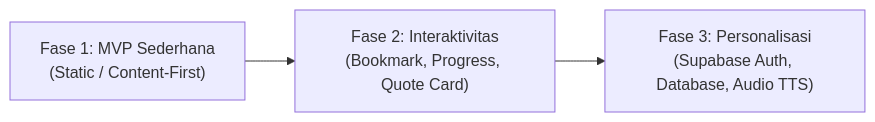
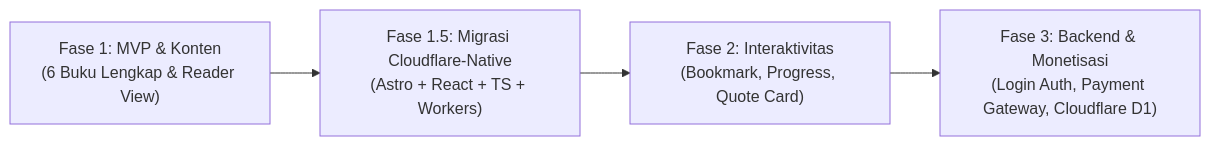
The diagram in PLAN.md (david-siagian/ringkasnya), drawn with Mermaid before and after one commit. The commit also changed other lines of this file and 36 other files, not shown here.

Commit message:
feat: migrate from Next.js (Vercel) to Astro 5 + React + Cloudflare

````diff
--- a/PLAN.md
+++ b/PLAN.md
@@ -51,5 +51,6 @@
 ```mermaid
 flowchart LR
-    A["Fase 1: MVP Sederhana<br/>(Static / Content-First)"] --> B["Fase 2: Interaktivitas<br/>(Bookmark, Progress, Quote Card)"]
-    B --> C["Fase 3: Personalisasi<br/>(Supabase Auth, Database, Audio TTS)"]
+    A["Fase 1: MVP & Konten<br/>(6 Buku Lengkap & Reader View)"] --> B["Fase 1.5: Migrasi Cloudflare-Native<br/>(Astro + React + TS + Workers)"]
+    B --> C["Fase 2: Interaktivitas<br/>(Bookmark, Progress, Quote Card)"]
+    C --> D["Fase 3: Backend & Monetisasi<br/>(Login Auth, Payment Gateway, Cloudflare D1)"]
 ```
````
